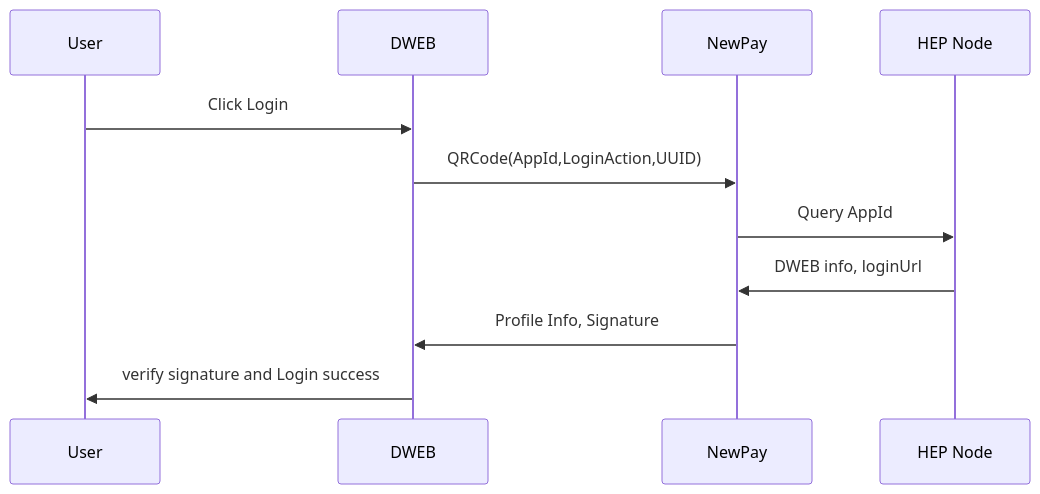
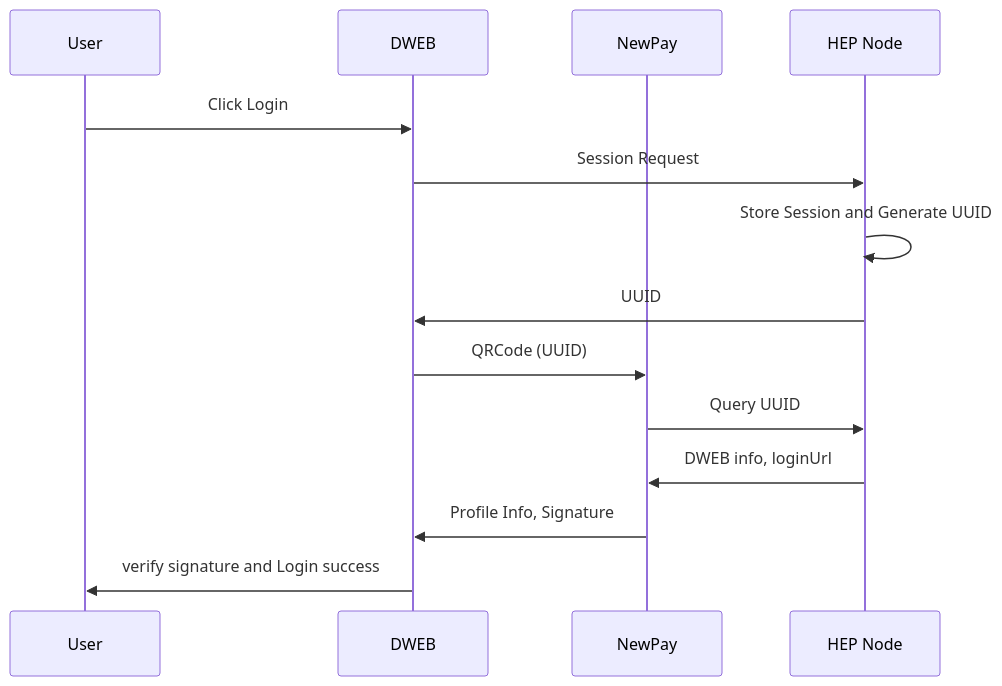
The first of 3 diagrams in DWEB.md (newtonproject/HEP-specification), drawn with Mermaid before and after one commit.

````diff
--- a/DWEB.md
+++ b/DWEB.md
@@ -12,13 +12,16 @@
 ```mermaid
 sequenceDiagram;
     participant User;
     participant DWEB;
 	participant NewPay;
 	participant HEP Node;
     User->>DWEB: Click Login;
-    DWEB->>NewPay: QRCode(AppId,LoginAction,UUID)
-    NewPay->>HEP Node:Query AppId
+    DWEB->>HEP Node: Session Request;
+    HEP Node->>HEP Node: Store Session and Generate UUID
+    HEP Node->>DWEB: UUID;
+    DWEB->>NewPay: QRCode (UUID)
+    NewPay->>HEP Node: Query UUID
     HEP Node->> NewPay: DWEB info, loginUrl;
     NewPay->>DWEB:Profile Info, Signature;
     DWEB->>User:verify signature and Login success;
 ```
````
